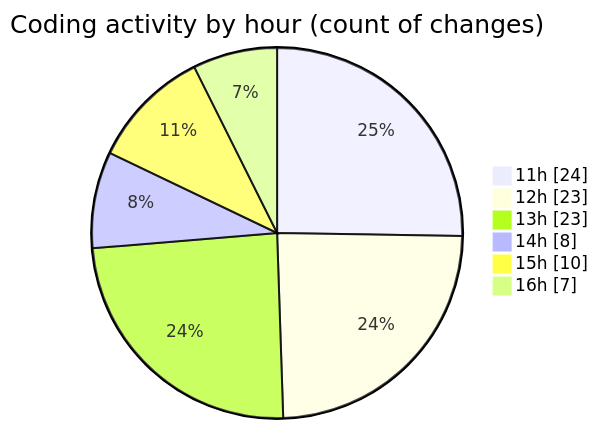
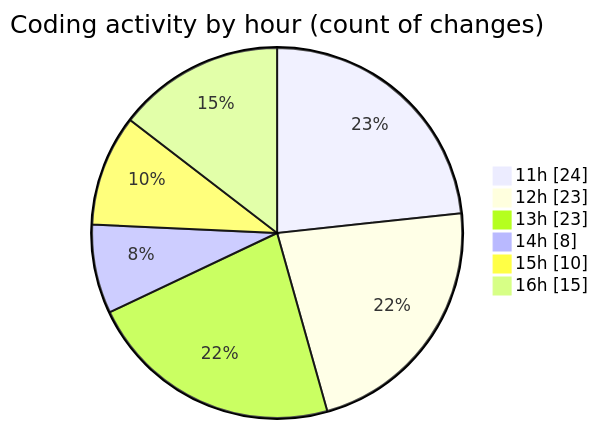
The second of 2 diagrams in 2025-09-18/nxtqube_webapp/README.md (nxtqubesakshisongat/code-tracking), drawn with Mermaid before and after one commit. The commit also changed other lines of this file and 1 other file, not shown here.

````diff
--- a/2025-09-18/nxtqube_webapp/README.md
+++ b/2025-09-18/nxtqube_webapp/README.md
@@ -48,10 +48,10 @@
 ```mermaid
 pie showData
 title Coding activity by hour (count of changes)
 "11h" : 24
 "12h" : 23
 "13h" : 23
 "14h" : 8
 "15h" : 10
-"16h" : 7
+"16h" : 15
 ```
````
